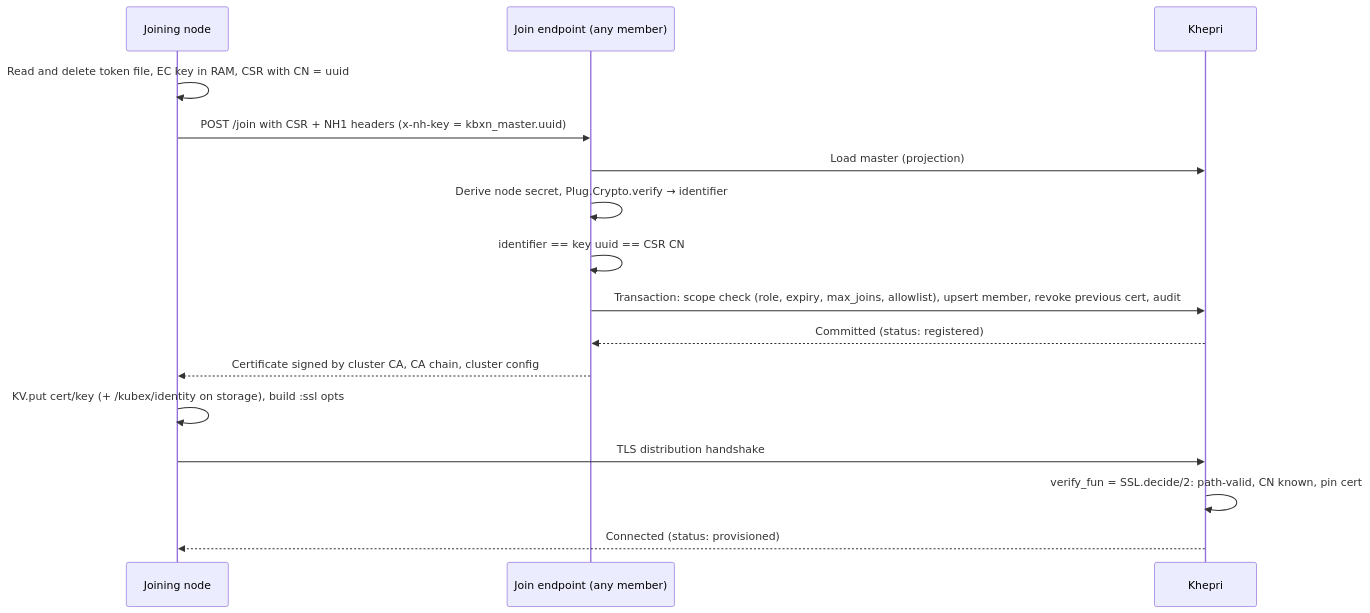
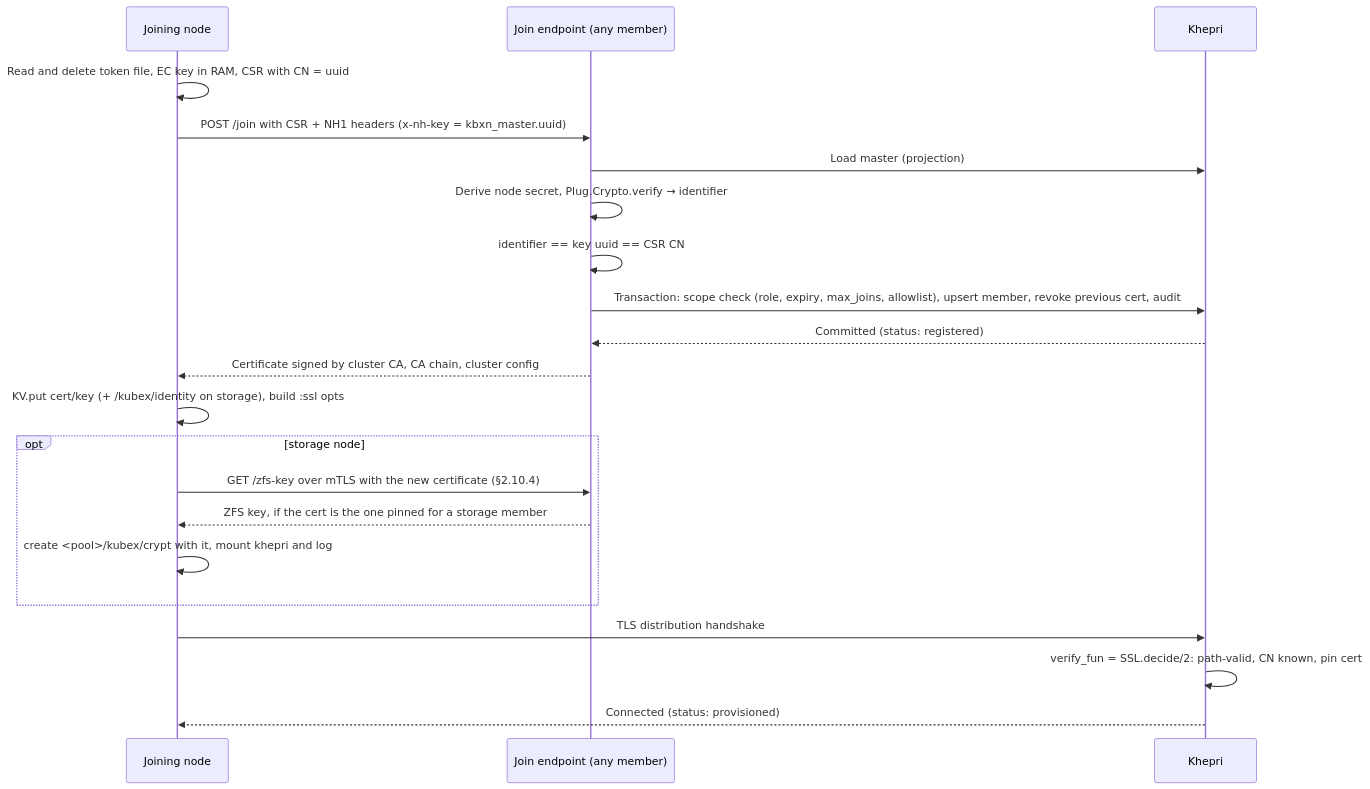
The diagram in docs/specs.md (jeanparpaillon/cubi), drawn with Mermaid before and after one commit. The commit also changed other lines of this file and 7 other files, not shown here.

````diff
--- a/docs/specs.md
+++ b/docs/specs.md
@@ -402,19 +427,24 @@
 ```mermaid
 sequenceDiagram
     participant N as Joining node
     participant B as Join endpoint (any member)
     participant K as Khepri
 
     N->>N: Read and delete token file, EC key in RAM, CSR with CN = uuid
     N->>B: POST /join with CSR + NH1 headers (x-nh-key = kbxn_master.uuid)
     B->>K: Load master (projection)
     B->>B: Derive node secret, Plug.Crypto.verify → identifier
     B->>B: identifier == key uuid == CSR CN
     B->>K: Transaction: scope check (role, expiry, max_joins, allowlist), upsert member, revoke previous cert, audit
     K-->>B: Committed (status: registered)
     B-->>N: Certificate signed by cluster CA, CA chain, cluster config
     N->>N: KV.put cert/key (+ /kubex/identity on storage), build :ssl opts
+    opt storage node
+        N->>B: GET /zfs-key over mTLS with the new certificate (§2.10.4)
+        B-->>N: ZFS key, if the cert is the one pinned for a storage member
+        N->>N: create <pool>/kubex/crypt with it, mount khepri and log
+    end
     N->>K: TLS distribution handshake
     K->>K: verify_fun = SSL.decide/2: path-valid, CN known, pin cert
     K-->>N: Connected (status: provisioned)
 ```
````
